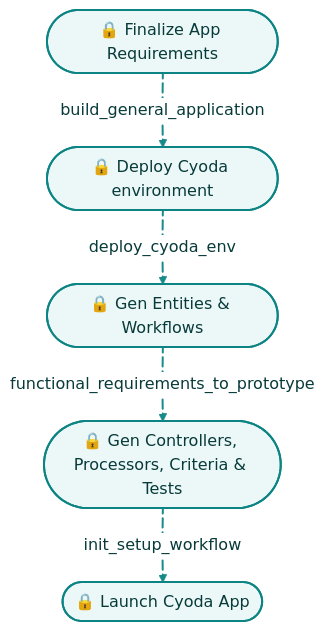
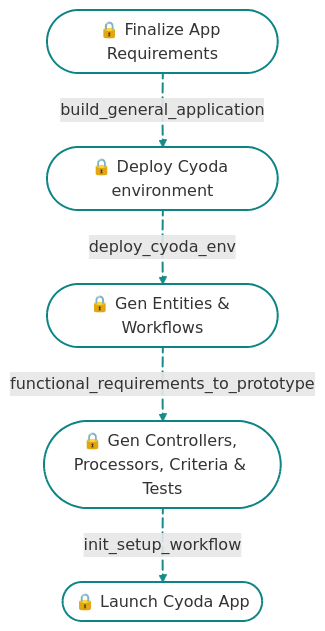
The diagram in workflow_configs/messages/welcome_user_25fc/message.md (Cyoda-platform/ai-assistant), drawn with Mermaid before and after one commit. The commit also changed 7 other files, not shown here.

````diff
--- a/workflow_configs/messages/welcome_user_25fc/message.md
+++ b/workflow_configs/messages/welcome_user_25fc/message.md
@@ -3,34 +3,19 @@
 ```mermaid
-%% Brand theming + polish
-%% - Teal accents (#0D8484)
-%% - Rounded nodes, subtle fill, readable font
-%% - Consistent edge styling
-%% - Emoji icons for quick scanning (optional—remove if you prefer)
-%% You can switch to `graph LR` for horizontal; kept TD per your snippet.
-%%{init: {'theme':'base','themeVariables':{
-  'primaryColor':'#ECF8F8',
-  'primaryTextColor':'#083A3A',
-  'primaryBorderColor':'#0D8484',
-  'lineColor':'#0D8484',
-  'fontFamily':'Inter, Arial, sans-serif',
-  'edgeLabelBackground':'#FFFFFF'
-}}}%%
 graph TD
     %% Nodes
     A([🔒 Finalize App Requirements]):::bar e1@== build_general_application
     ==> B([🔒 Deploy Cyoda environment]):::bar
     B e2@== deploy_cyoda_env ==> C([🔒 Gen Entities & Workflows]):::bar
     C e3@== functional_requirements_to_prototype ==> D([🔒 Gen Controllers, Processors, Criteria & Tests]):::bar
     D e4@== init_setup_workflow ==> E([🔒 Launch Cyoda App]):::bar
 
-    %% Animations (your original event markers)
+    %% Animations (original event markers)
     e1@{ animate: true }
     e2@{ animate: true }
     e3@{ animate: true }
     e4@{ animate: true }
 
-    %% Styles
-    classDef bar fill:#ECF8F8,stroke:#0D8484,stroke-width:2px,rx:10,ry:10,color:#083A3A
+    %% Styles (transparent nodes, teal accents)
+    classDef bar fill:transparent,stroke:#0D8484,stroke-width:2px,rx:12,ry:12
     linkStyle default stroke:#0D8484,stroke-width:2px,opacity:0.95
-
 ```   
````
